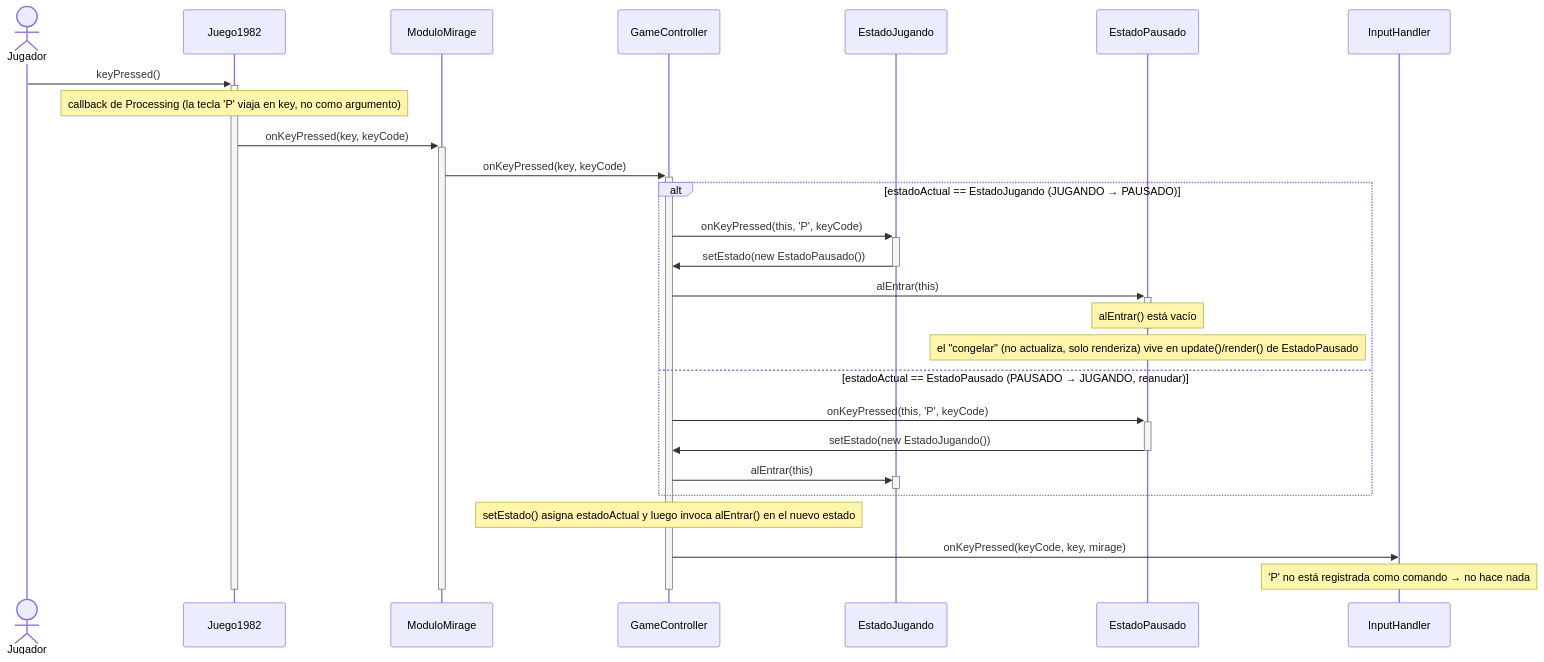
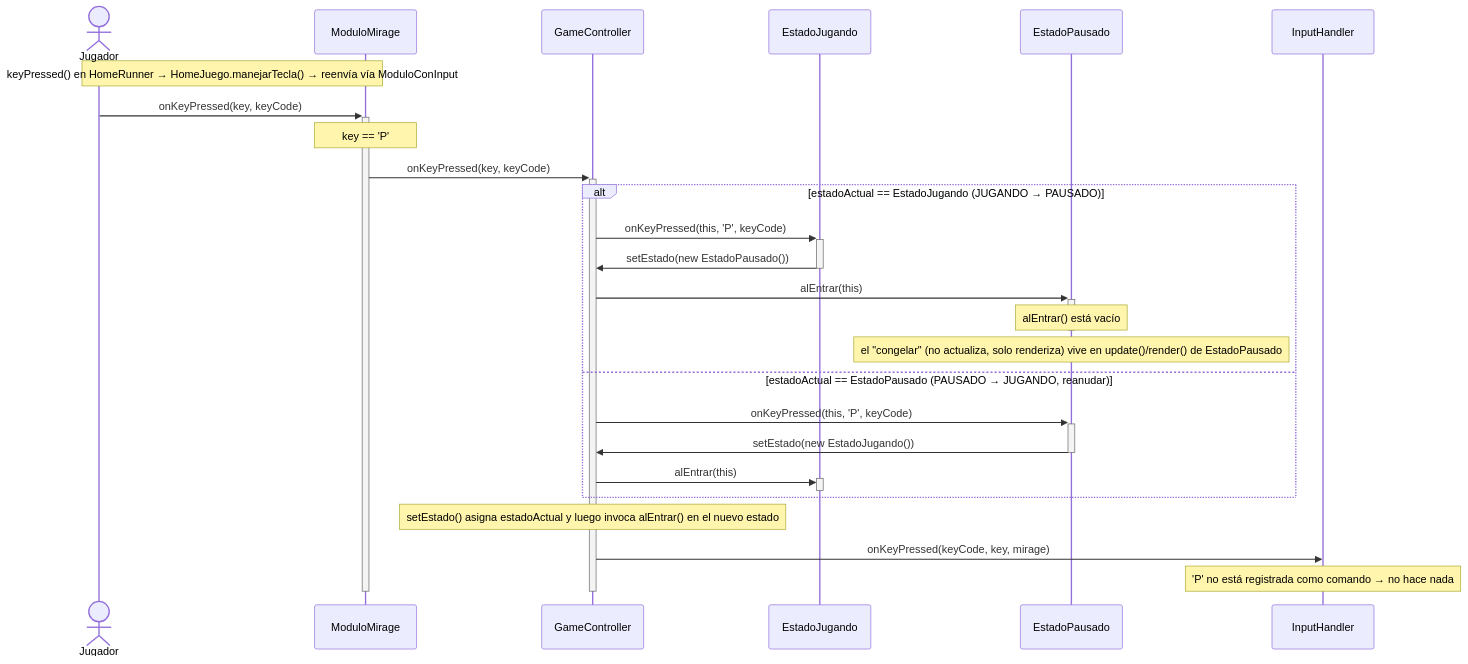
Before and after one commit to Christian-Rojas-Rodriguez/juego-1982: the fourth of 9 diagrams in docs/v1/analisis/casos-de-uso.md, drawn with Mermaid. The commit also changed other lines of this file and 1 other file, not shown here.

First line of the commit message:
docs: limpiar diagramas v1 — sacar Animacion, conectar excepciones, quitar Juego1982 de SDs

````diff
--- a/docs/v1/analisis/casos-de-uso.md
+++ b/docs/v1/analisis/casos-de-uso.md
@@ -159,37 +153,35 @@
 ```mermaid
 sequenceDiagram
     actor Jugador
-    participant Juego1982
     participant ModuloMirage
     participant GameController
     participant EstadoJugando
     participant EstadoPausado
 
-    Jugador->>+Juego1982: keyPressed()
-    Note over Juego1982: callback de Processing (la tecla 'P' viaja en key, no como argumento)
-    Juego1982->>+ModuloMirage: onKeyPressed(key, keyCode)
+    Note over Jugador,ModuloMirage: keyPressed() en HomeRunner → HomeJuego.manejarTecla() → reenvía vía ModuloConInput
+    Jugador->>+ModuloMirage: onKeyPressed(key, keyCode)
+    Note over ModuloMirage: key == 'P'
     ModuloMirage->>+GameController: onKeyPressed(key, keyCode)
 
     alt estadoActual == EstadoJugando (JUGANDO → PAUSADO)
         GameController->>+EstadoJugando: onKeyPressed(this, 'P', keyCode)
         EstadoJugando->>GameController: setEstado(new EstadoPausado())
         deactivate EstadoJugando
         GameController->>+EstadoPausado: alEntrar(this)
         Note over EstadoPausado: alEntrar() está vacío
         deactivate EstadoPausado
         Note over EstadoPausado: el "congelar" (no actualiza, solo renderiza) vive en update()/render() de EstadoPausado
     else estadoActual == EstadoPausado (PAUSADO → JUGANDO, reanudar)
         GameController->>+EstadoPausado: onKeyPressed(this, 'P', keyCode)
         EstadoPausado->>GameController: setEstado(new EstadoJugando())
         deactivate EstadoPausado
         GameController->>+EstadoJugando: alEntrar(this)
         deactivate EstadoJugando
     end
 
     Note over GameController: setEstado() asigna estadoActual y luego invoca alEntrar() en el nuevo estado
     GameController->>InputHandler: onKeyPressed(keyCode, key, mirage)
     Note over InputHandler: 'P' no está registrada como comando → no hace nada
     deactivate GameController
     deactivate ModuloMirage
-    deactivate Juego1982
 ```
````
